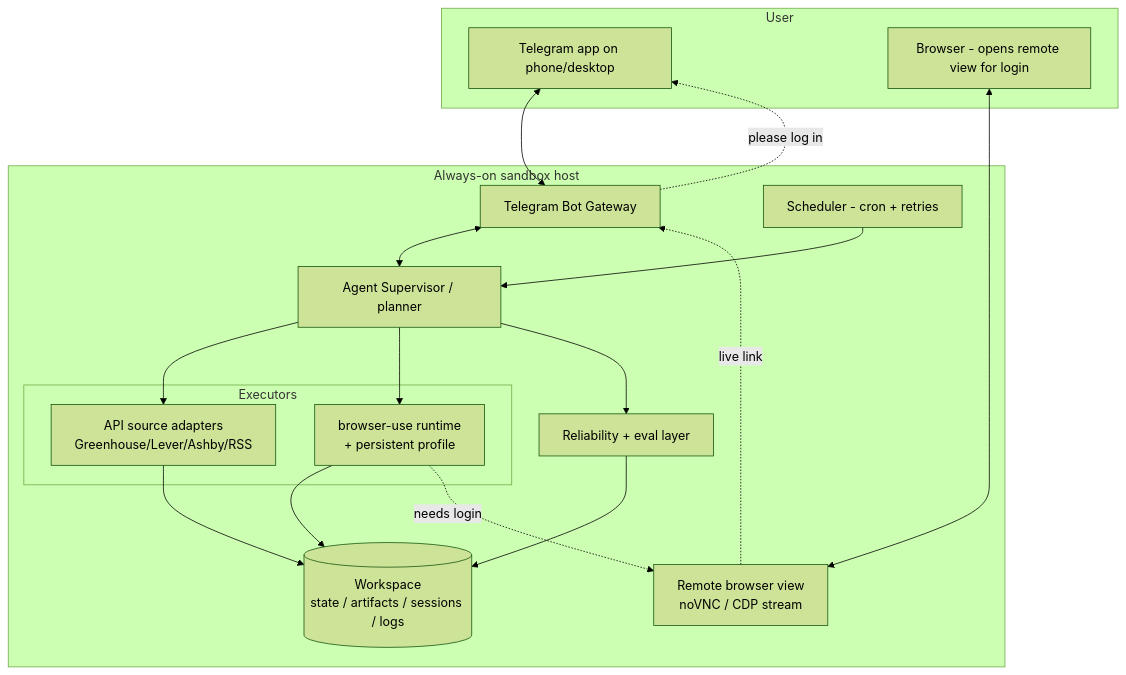
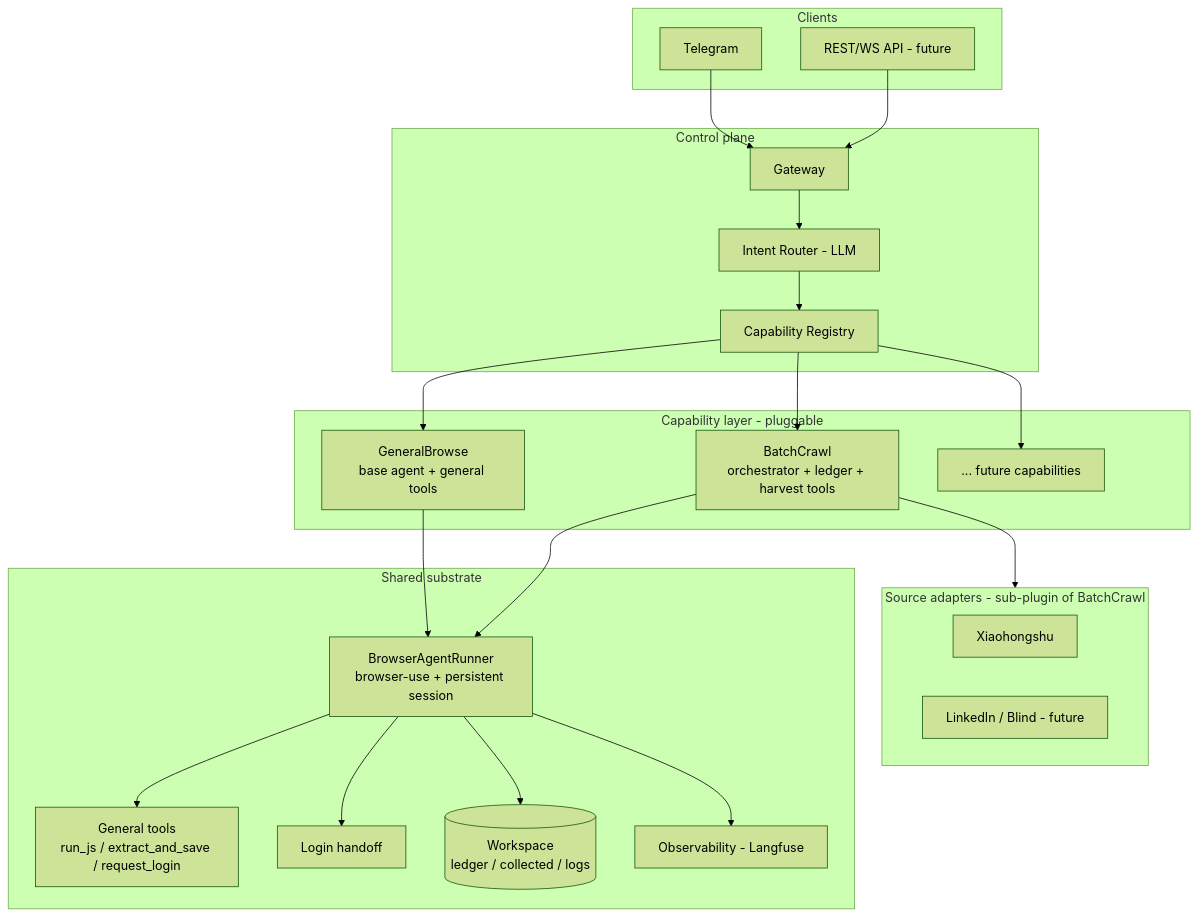
Before and after one commit to crystalance/BrowserUseBot: the first of 2 diagrams in designDoc/browser-agent-platform-design.md, drawn with Mermaid (forest theme). The commit also changed other lines of this file and 10 other files, not shown here.

````diff
--- a/designDoc/browser-agent-platform-design.md
+++ b/designDoc/browser-agent-platform-design.md
@@ -84,34 +98,43 @@
 ```mermaid
 flowchart TB
-    subgraph User
-      TG[Telegram app on phone/desktop]
-      BR[Browser - opens remote view for login]
+    subgraph Clients
+      TG[Telegram]
+      APIc[REST/WS API - future]
+    end
+    subgraph Control[Control plane]
+      GW[Gateway]
+      RT[Intent Router - LLM]
+      REG[Capability Registry]
+    end
+    subgraph Caps[Capability layer - pluggable]
+      GB[GeneralBrowse\nbase agent + general tools]
+      BC[BatchCrawl\norchestrator + ledger + harvest tools]
+      FUT[... future capabilities]
+    end
+    subgraph Sub[Shared substrate]
+      RUN[BrowserAgentRunner\nbrowser-use + persistent session]
+      HO[Login handoff]
+      TOOLS[General tools\nrun_js / extract_and_save / request_login]
+      LEDG[(Workspace\nledger / collected / logs)]
+      OBS[Observability - Langfuse]
+    end
+    subgraph Adapters[Source adapters - sub-plugin of BatchCrawl]
+      XHS[Xiaohongshu]
+      LI[LinkedIn / Blind - future]
     end
 
-    subgraph Host[Always-on sandbox host]
-      Bot[Telegram Bot Gateway]
-      Sup[Agent Supervisor / planner]
-      Sched[Scheduler - cron + retries]
-      subgraph Exec[Executors]
-        API[API source adapters\nGreenhouse/Lever/Ashby/RSS]
-        BU[browser-use runtime\n+ persistent profile]
-      end
-      Remote[Remote browser view\nnoVNC / CDP stream]
-      WS[(Workspace\nstate / artifacts / sessions / logs)]
-      Eval[Reliability + eval layer]
-    end
-
-    TG <--> Bot
-    Bot <--> Sup
-    Sched --> Sup
-    Sup --> API
-    Sup --> BU
-    API --> WS
-    BU --> WS
-    BU -. needs login .-> Remote
-    Remote -. live link .-> Bot
-    Bot -. "please log in" .-> TG
-    BR <--> Remote
-    Sup --> Eval
-    Eval --> WS
+    TG --> GW
+    APIc --> GW
+    GW --> RT
+    RT --> REG
+    REG --> GB
+    REG --> BC
+    REG --> FUT
+    GB --> RUN
+    BC --> RUN
+    BC --> Adapters
+    RUN --> TOOLS
+    RUN --> HO
+    RUN --> LEDG
+    RUN --> OBS
 ```
````
